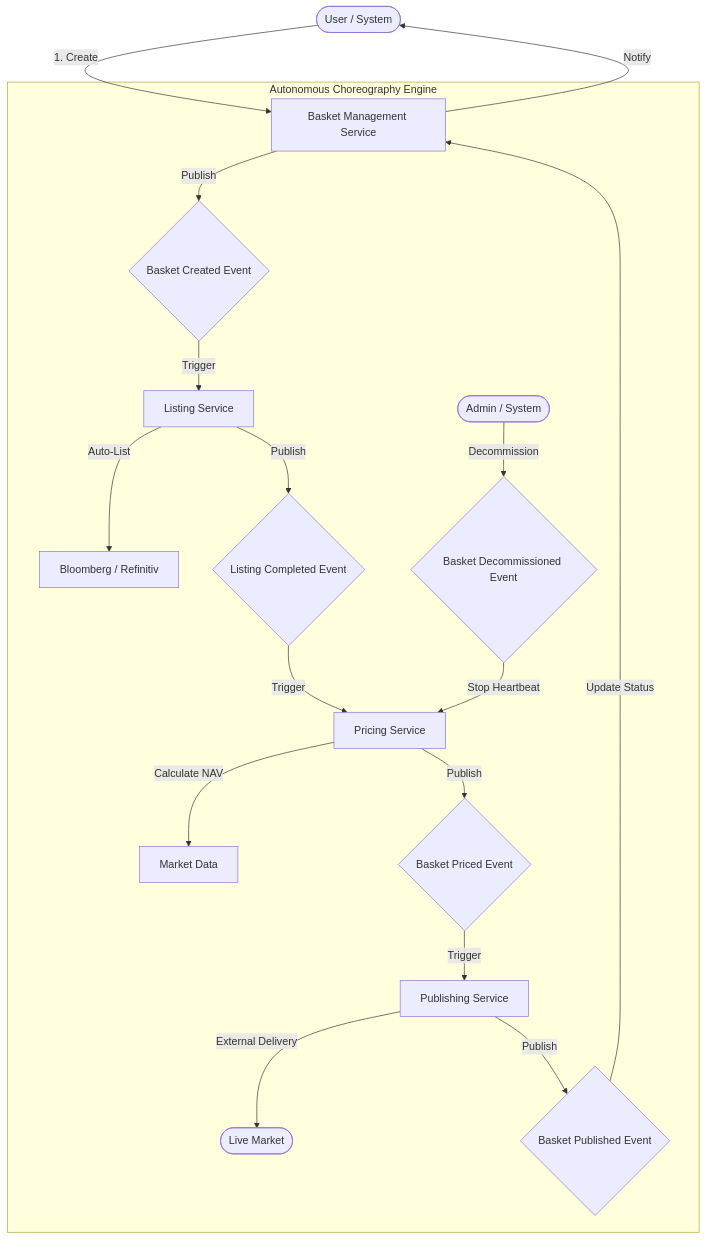
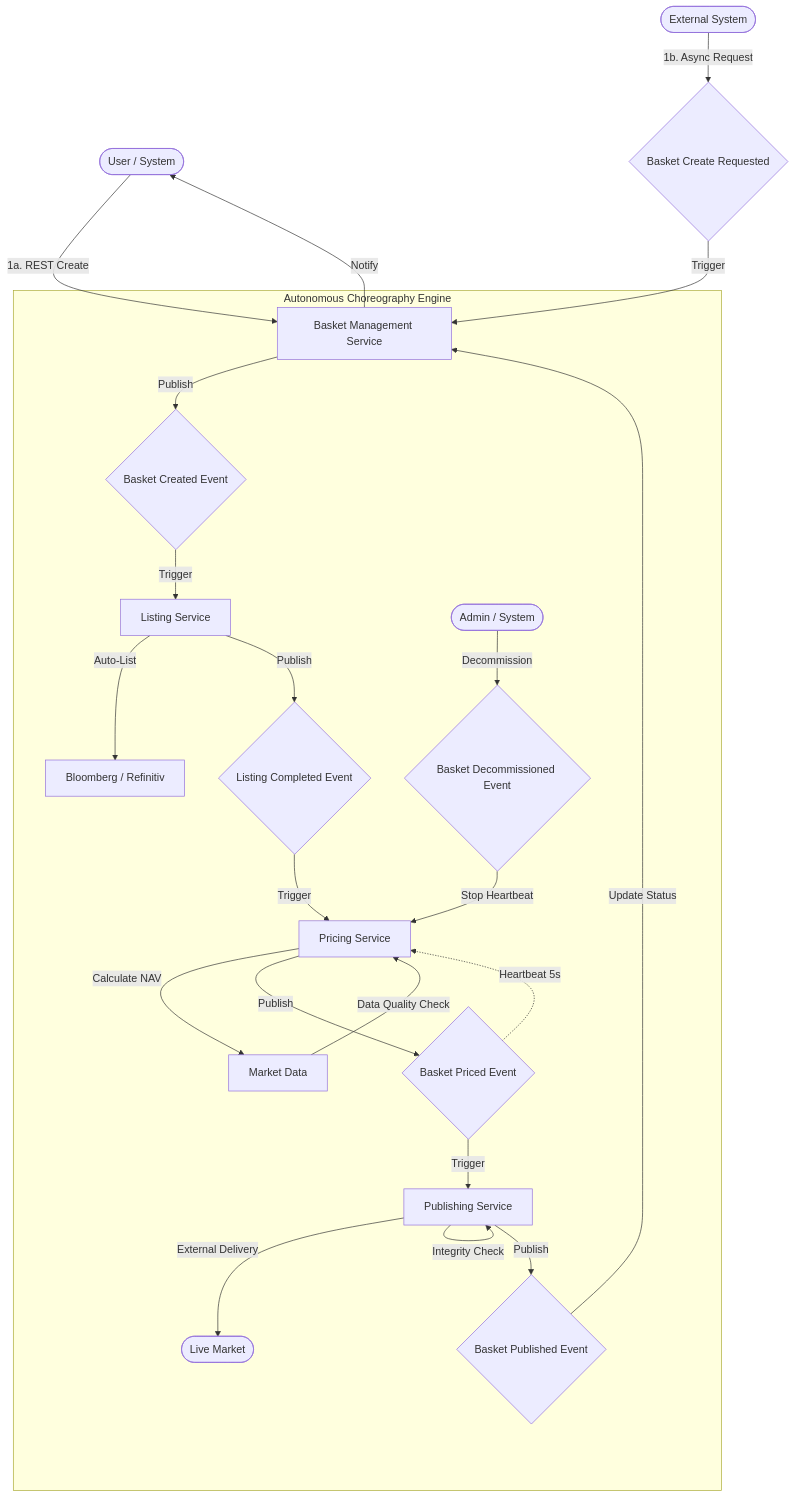
The first of 5 diagrams in docs/architecture-visuals.md (srviswan/pb-synth-custom-index-listing-pricing-svc), drawn with Mermaid before and after one commit. The commit also changed other lines of this file, not shown here.

Commit message:
Fix: Resolve Mermaid rendering issues in architecture visuals

````diff
--- a/docs/architecture-visuals.md
+++ b/docs/architecture-visuals.md
@@ -8,26 +8,32 @@
 ```mermaid
 graph TD
-    User([User / System]) -->|1. Create| BasketSvc[Basket Management Service]
+    User(["User / System"]) -->|1a. REST Create| BasketSvc[Basket Management Service]
+    AsyncSys(["External System"]) -->|1b. Async Request| CreateReqEvt{Basket Create Requested}
+    CreateReqEvt -->|Trigger| BasketSvc
     
     subgraph "Autonomous Choreography Engine"
         BasketSvc -->|Publish| CreatedEvt{Basket Created Event}
         
         CreatedEvt -->|Trigger| ListingSvc[Listing Service]
         ListingSvc -->|Auto-List| BBG[Bloomberg / Refinitiv]
         ListingSvc -->|Publish| ListedEvt{Listing Completed Event}
         
         ListedEvt -->|Trigger| PricingSvc[Pricing Service]
+        
         PricingSvc -->|Calculate NAV| MD[Market Data]
+        MD -->|Data Quality Check| PricingSvc
         PricingSvc -->|Publish| PricedEvt{Basket Priced Event}
+        PricedEvt -.->|Heartbeat 5s| PricingSvc
         
         PricedEvt -->|Trigger| PublishSvc[Publishing Service]
+        PublishSvc -->|Integrity Check| PublishSvc
         PublishSvc -->|External Delivery| Market([Live Market])
         PublishSvc -->|Publish| FinalEvt{Basket Published Event}
         
-        Admin([Admin / System]) -->|Decommission| DecomEvt{Basket Decommissioned Event}
+        Admin(["Admin / System"]) -->|Decommission| DecomEvt{Basket Decommissioned Event}
         DecomEvt -->|Stop Heartbeat| PricingSvc
     end
 
     FinalEvt -->|Update Status| BasketSvc
     BasketSvc -->|Notify| User
 ```
````
